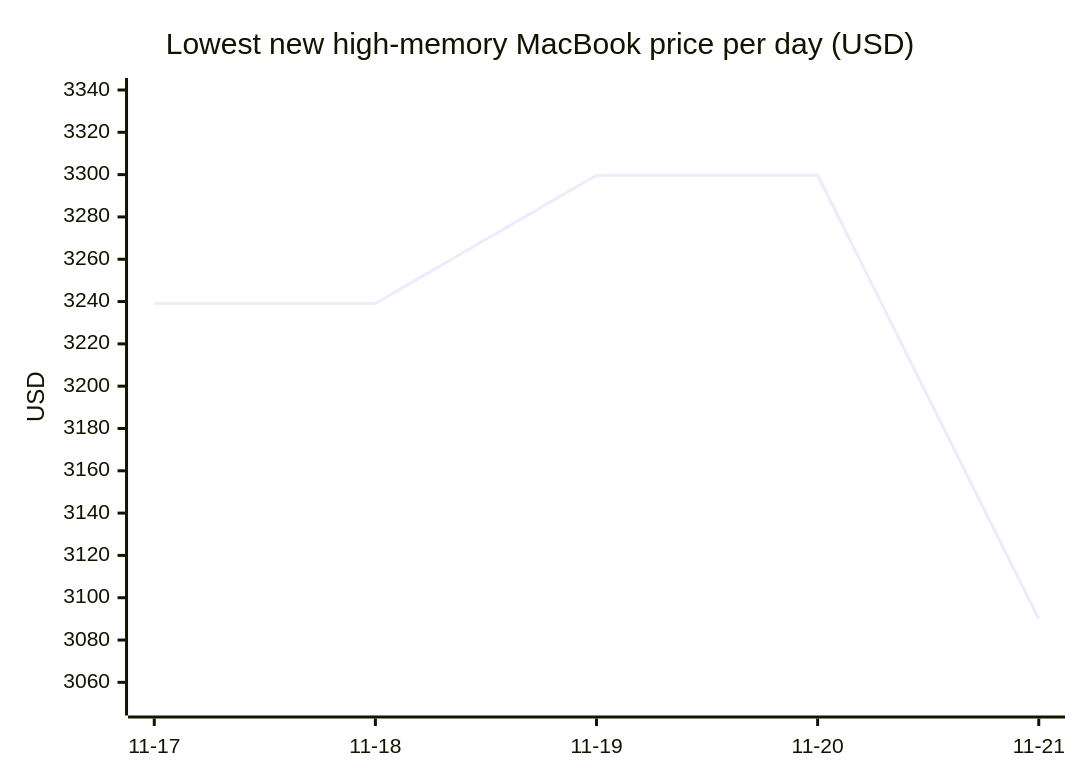
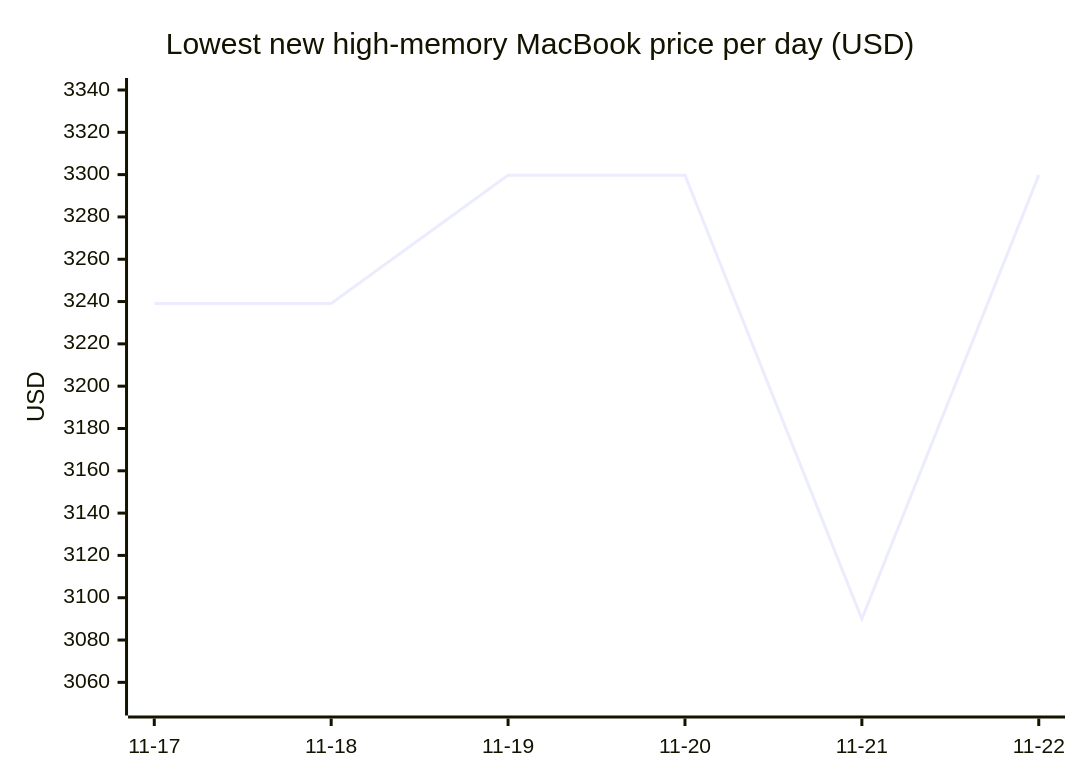
One commit to 7324136828/4tb_ssd_price_watch changed diagram 17 of 18 in README.md. Above: the diagram before and after it, drawn with Mermaid. The commit also changed other lines of this file, not shown here.

````diff
--- a/README.md
+++ b/README.md
@@ -1373,7 +1449,7 @@
 ```mermaid
 xychart-beta
     title "Lowest new high-memory MacBook price per day (USD)"
-    x-axis ["11-17", "11-18", "11-19", "11-20", "11-21"]
+    x-axis ["11-17", "11-18", "11-19", "11-20", "11-21", "11-22"]
     y-axis "USD" 3050 --> 3340
-    line [3239.09, 3239.10, 3299.74, 3299.74, 3089.95]
+    line [3239.09, 3239.10, 3299.74, 3299.74, 3089.95, 3299.74]
 ```
````
